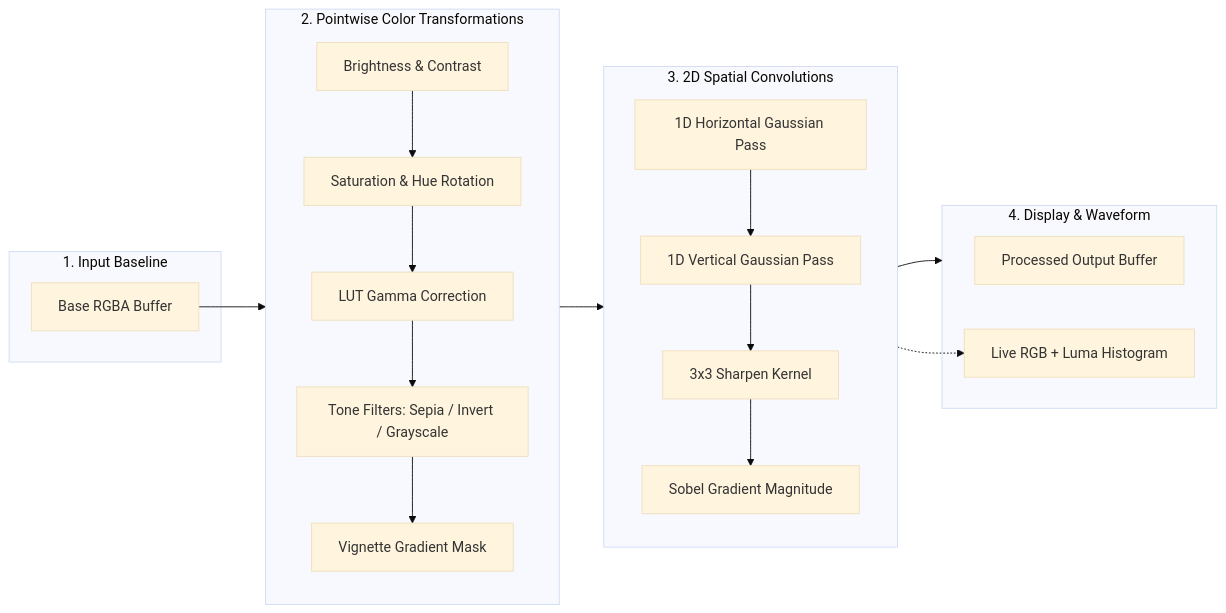
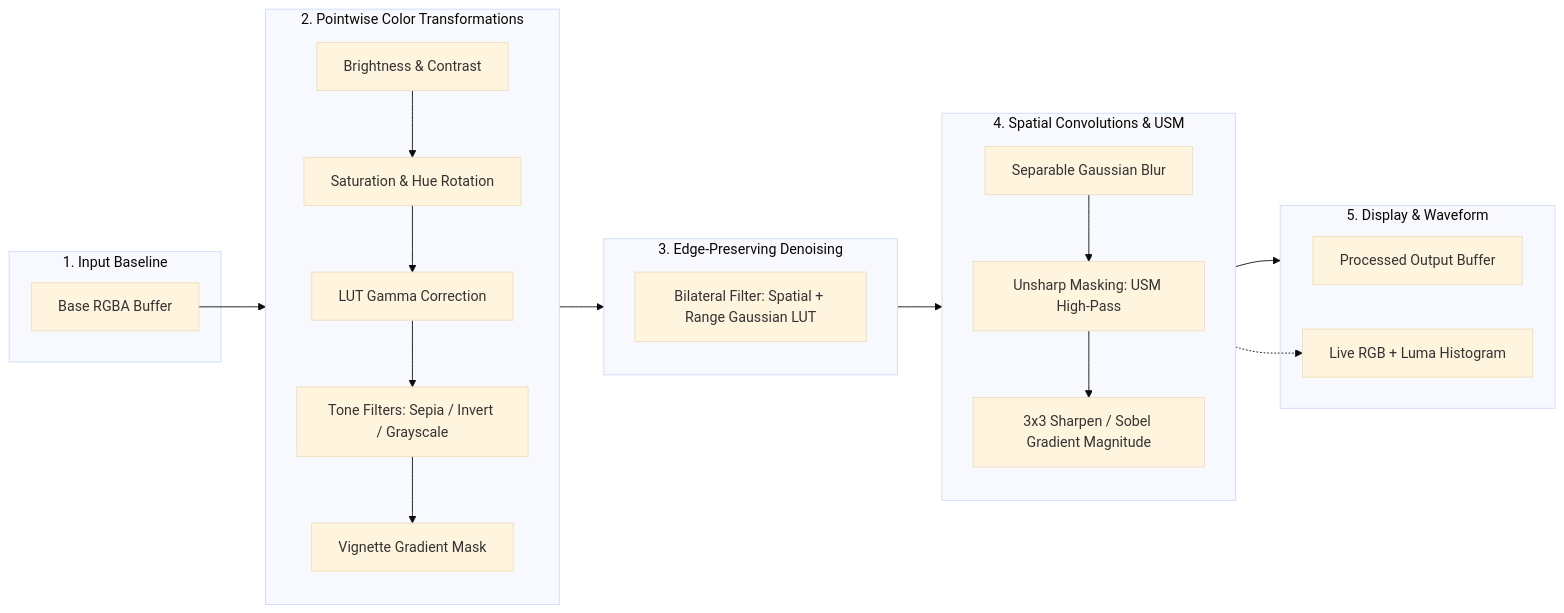
One commit to faizan-7890/RUST changed the third of 4 diagrams in docs/architecture_diagram.md. Above: the diagram before and after it, drawn with Mermaid (base theme). The commit also changed other lines of this file and 5 other files, not shown here.

Commit message:
feat(filters): add edge-preserving Bilateral filter, Unsharp Masking (USM), and UI controls

````diff
--- a/docs/architecture_diagram.md
+++ b/docs/architecture_diagram.md
@@ -90,29 +90,33 @@
 ```mermaid
 flowchart LR
     subgraph Input_Stage["1. Input Baseline"]
         A[Base RGBA Buffer]
     end
 
     subgraph Color_Stage["2. Pointwise Color Transformations"]
         B[Brightness & Contrast] --> C[Saturation & Hue Rotation]
         C --> D[LUT Gamma Correction]
         D --> E[Tone Filters: Sepia / Invert / Grayscale]
         E --> F[Vignette Gradient Mask]
     end
 
-    subgraph Spatial_Stage["3. 2D Spatial Convolutions"]
-        G[1D Horizontal Gaussian Pass] --> H[1D Vertical Gaussian Pass]
-        H --> I[3x3 Sharpen Kernel]
-        I --> J[Sobel Gradient Magnitude]
+    subgraph Edge_Preserving_Stage["3. Edge-Preserving Denoising"]
+        G[Bilateral Filter: Spatial + Range Gaussian LUT]
     end
 
-    subgraph Output_Stage["4. Display & Waveform"]
+    subgraph Spatial_Stage["4. Spatial Convolutions & USM"]
+        H[Separable Gaussian Blur] --> I[Unsharp Masking: USM High-Pass]
+        I --> J[3x3 Sharpen / Sobel Gradient Magnitude]
+    end
+
+    subgraph Output_Stage["5. Display & Waveform"]
         K[Processed Output Buffer]
         L[Live RGB + Luma Histogram]
     end
 
     A --> Color_Stage
-    Color_Stage --> Spatial_Stage
+    Color_Stage --> Edge_Preserving_Stage
+    Edge_Preserving_Stage --> Spatial_Stage
     Spatial_Stage --> Output_Stage
     Spatial_Stage -.-> L
 ```
````
